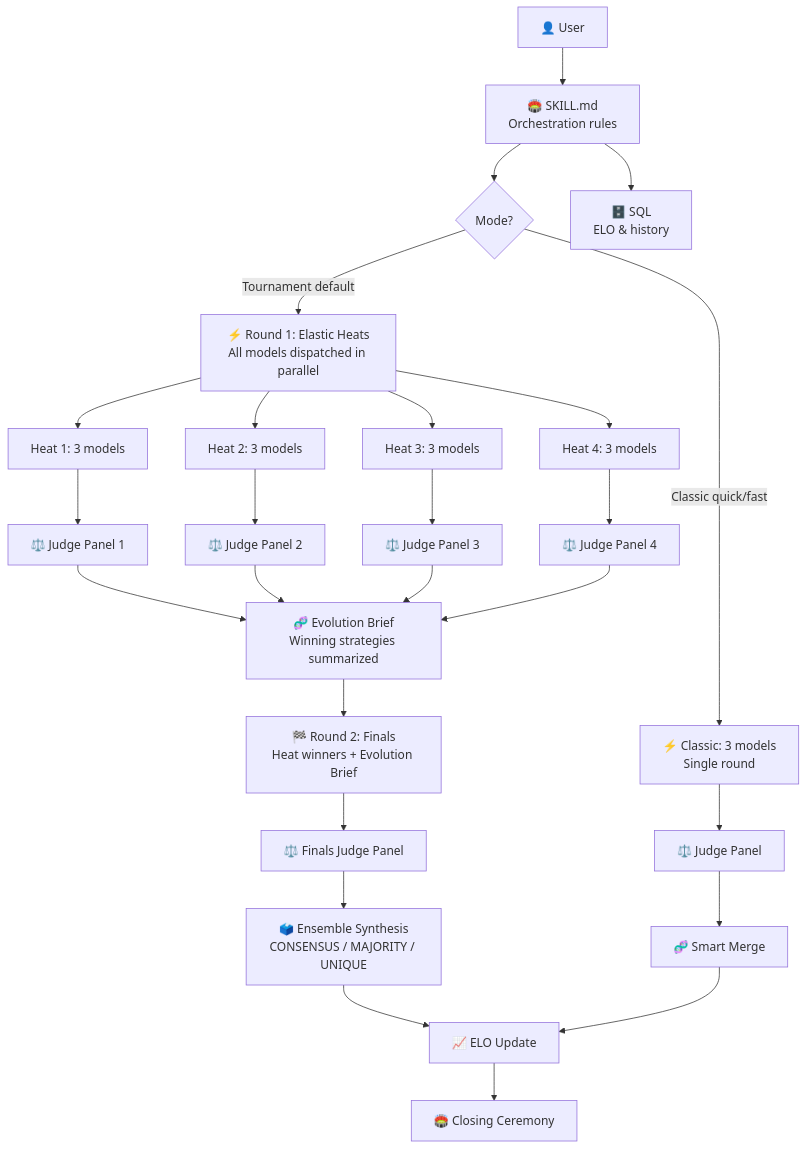
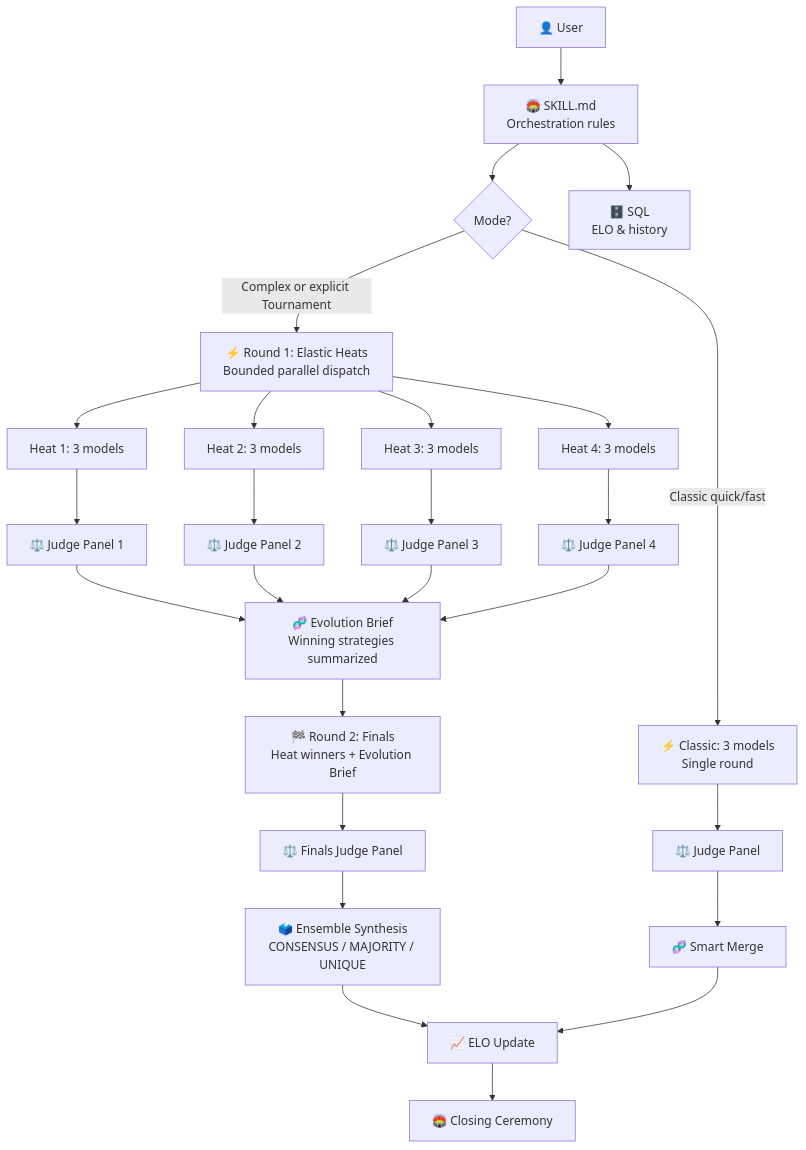
One commit to DUBSOpenHub/havoc-hackathon changed the diagram in README.md. Above: the diagram before and after it, drawn with Mermaid. The commit also changed other lines of this file and 17 other files, not shown here.

````diff
--- a/README.md
+++ b/README.md
@@ -249,28 +249,28 @@
 ```mermaid
 flowchart TD
     USER["👤 User"] --> SKILL["🏟️ SKILL.md<br/>Orchestration rules"]
     SKILL --> MODE{"Mode?"}
-    MODE -->|Tournament default| HEATS["⚡ Round 1: Elastic Heats<br/>All models dispatched in parallel"]
+    MODE -->|Complex or explicit Tournament| HEATS["⚡ Round 1: Elastic Heats<br/>Bounded parallel dispatch"]
     MODE -->|Classic quick/fast| CLASSIC["⚡ Classic: 3 models<br/>Single round"]
     HEATS --> H1["Heat 1: 3 models"]
     HEATS --> H2["Heat 2: 3 models"]
     HEATS --> H3["Heat 3: 3 models"]
     HEATS --> H4["Heat 4: 3 models"]
     H1 --> JP1["⚖️ Judge Panel 1"]
     H2 --> JP2["⚖️ Judge Panel 2"]
     H3 --> JP3["⚖️ Judge Panel 3"]
     H4 --> JP4["⚖️ Judge Panel 4"]
     JP1 --> EVOLUTION["🧬 Evolution Brief<br/>Winning strategies summarized"]
     JP2 --> EVOLUTION
     JP3 --> EVOLUTION
     JP4 --> EVOLUTION
     EVOLUTION --> FINALS["🏁 Round 2: Finals<br/>Heat winners + Evolution Brief"]
     FINALS --> FJUDGE["⚖️ Finals Judge Panel"]
     CLASSIC --> CJUDGE["⚖️ Judge Panel"]
     FJUDGE --> ENSEMBLE["🗳️ Ensemble Synthesis<br/>CONSENSUS / MAJORITY / UNIQUE"]
     CJUDGE --> MERGE["🧬 Smart Merge"]
     ENSEMBLE --> ELO["📈 ELO Update"]
     MERGE --> ELO
     ELO --> CLOSING["🏟️ Closing Ceremony"]
     SKILL --> SQL["🗄️ SQL<br/>ELO & history"]
 ```
````
